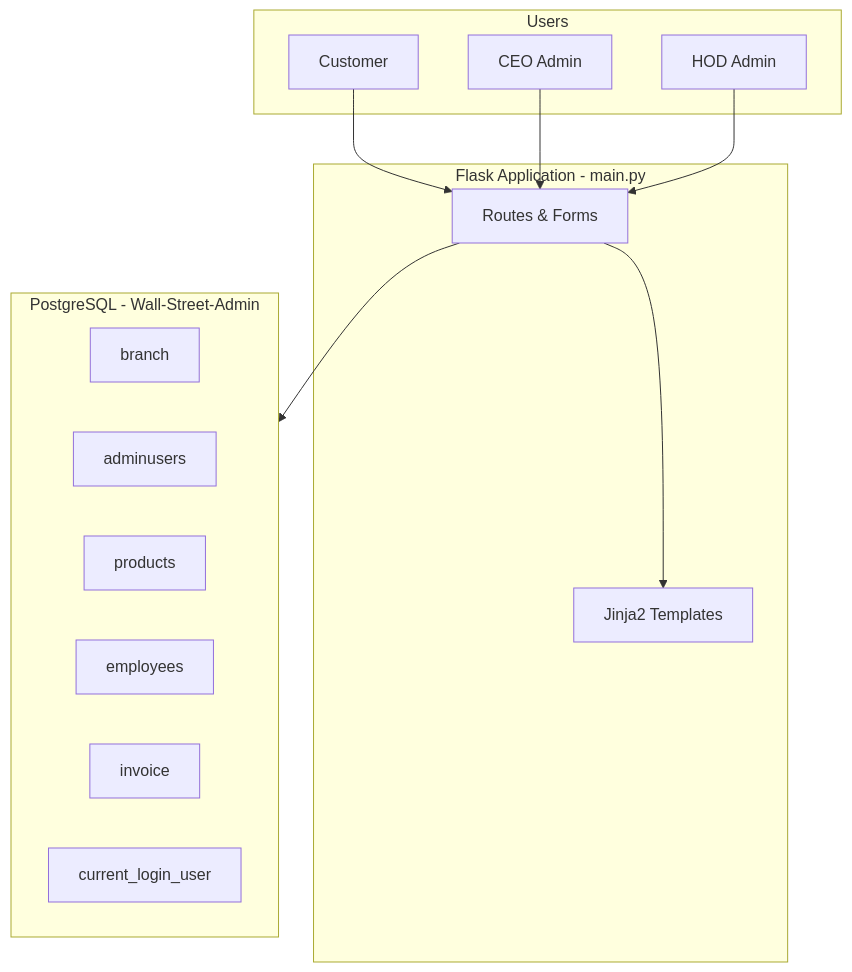
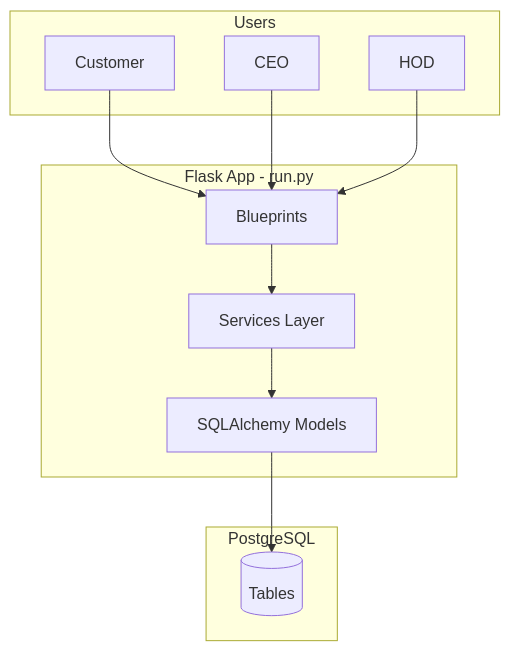
Before and after one commit to danishjavedcodes/WallStreets---Real-Estate-Managing-App: the diagram in README.md, drawn with Mermaid. The commit also changed other lines of this file and 47 other files, not shown here.

Commit message:
Rebuild WallStreets as professional Flask app with modern UI

````diff
--- a/README.md
+++ b/README.md
@@ -77,28 +93,25 @@
 ```mermaid
 flowchart TB
-    subgraph clients [Users]
+    subgraph users [Users]
         C[Customer]
-        CEO[CEO Admin]
-        HOD[HOD Admin]
+        CEO[CEO]
+        HOD[HOD]
     end
 
-    subgraph app [Flask Application - main.py]
-        R[Routes & Forms]
-        T[Jinja2 Templates]
+    subgraph flask [Flask App - run.py]
+        BP[Blueprints]
+        SVC[Services Layer]
+        ORM[SQLAlchemy Models]
     end
 
-    subgraph db [PostgreSQL - Wall-Street-Admin]
-        B[branch]
-        A[adminusers]
-        P[products]
-        E[employees]
-        I[invoice]
-        CU[current_login_user]
+    subgraph db [PostgreSQL]
+        T[(Tables)]
     end
 
-    C --> R
-    CEO --> R
-    HOD --> R
-    R --> T
-    R --> db
+    C --> BP
+    CEO --> BP
+    HOD --> BP
+    BP --> SVC
+    SVC --> ORM
+    ORM --> T
 ```
````
